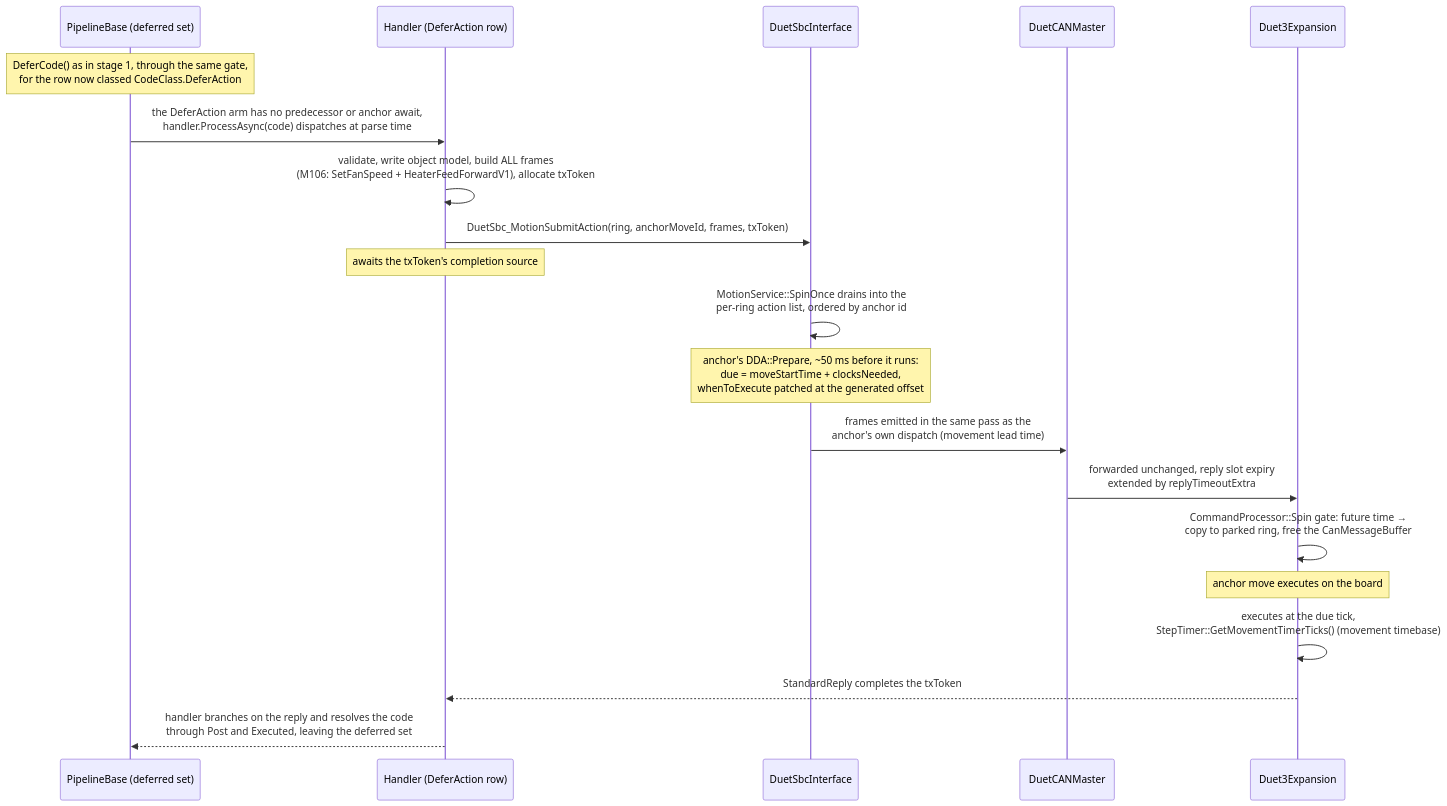
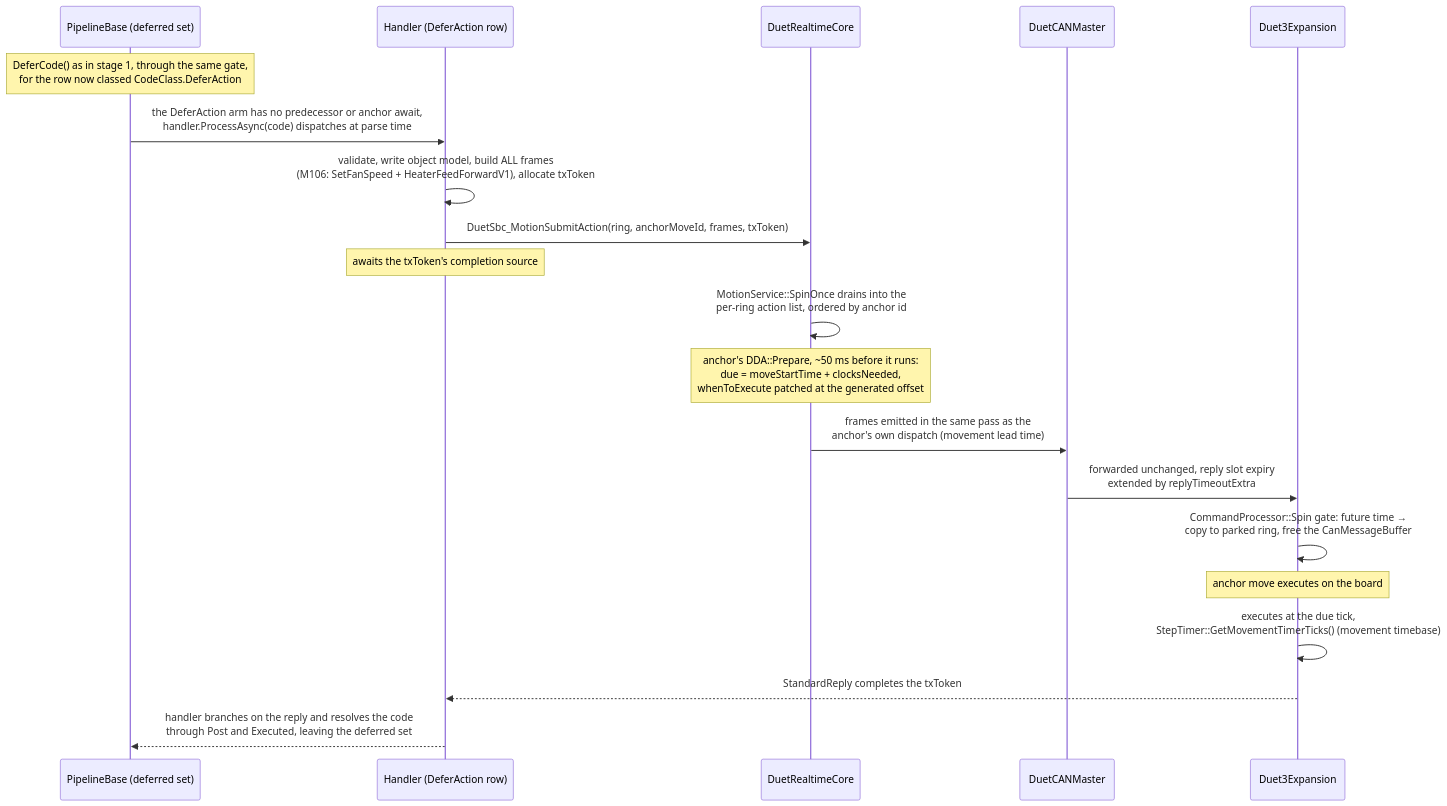
Before and after one commit to Duet3D/DuetSoftwareFramework: the eighth of 8 diagrams in docs/devel/MOTION_SYNCHRONISED_ACTIONS.md, drawn with Mermaid. The commit also changed other lines of this file and 154 other files, not shown here.

First line of the commit message:
refactor: rename DuetSbcInterface to DuetRealtimeCore

````diff
--- a/docs/devel/MOTION_SYNCHRONISED_ACTIONS.md
+++ b/docs/devel/MOTION_SYNCHRONISED_ACTIONS.md
@@ -880,22 +880,22 @@
 ```mermaid
 sequenceDiagram
     participant PB as PipelineBase (deferred set)
     participant H as Handler (DeferAction row)
-    participant SI as DuetSbcInterface
+    participant SI as DuetRealtimeCore
     participant CM as DuetCANMaster
     participant XB as Duet3Expansion
     Note over PB: DeferCode() as in stage 1, through the same gate,<br/>for the row now classed CodeClass.DeferAction
     PB->>H: the DeferAction arm has no predecessor or anchor await,<br/>handler.ProcessAsync(code) dispatches at parse time
     H->>H: validate, write object model, build ALL frames<br/>(M106: SetFanSpeed + HeaterFeedForwardV1), allocate txToken
     H->>SI: DuetSbc_MotionSubmitAction(ring, anchorMoveId, frames, txToken)
     Note over H: awaits the txToken's completion source
     SI->>SI: MotionService::SpinOnce drains into the<br/>per-ring action list, ordered by anchor id
     Note over SI: anchor's DDA::Prepare, ~50 ms before it runs:<br/>due = moveStartTime + clocksNeeded,<br/>whenToExecute patched at the generated offset
     SI->>CM: frames emitted in the same pass as the<br/>anchor's own dispatch (movement lead time)
     CM->>XB: forwarded unchanged, reply slot expiry<br/>extended by replyTimeoutExtra
     XB->>XB: CommandProcessor::Spin gate: future time →<br/>copy to parked ring, free the CanMessageBuffer
     Note over XB: anchor move executes on the board
     XB->>XB: executes at the due tick,<br/>StepTimer::GetMovementTimerTicks() (movement timebase)
     XB-->>H: StandardReply completes the txToken
     H-->>PB: handler branches on the reply and resolves the code<br/>through Post and Executed, leaving the deferred set
 ```
````
